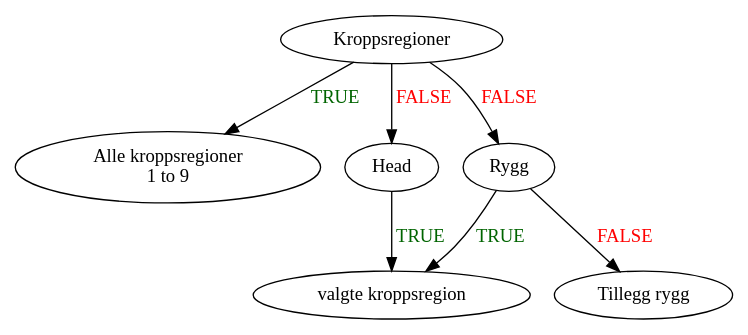
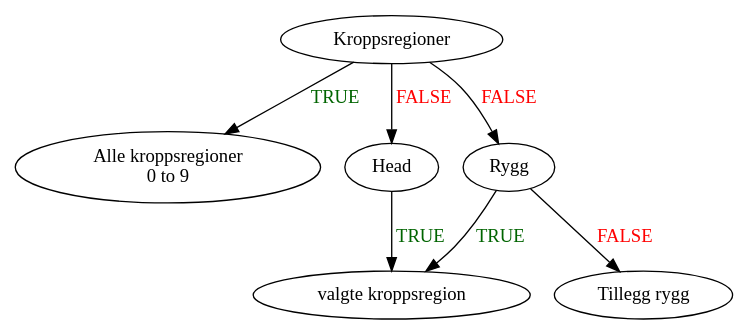
Before and after one commit to ybkamaleri/traume: the second of 2 diagrams in trial/ulykkeModuleDoc.org, drawn with Graphviz. The commit also changed 2 other files, not shown here.

Commit message:
update text

```diff
--- a/trial/ulykkeModuleDoc.org
+++ b/trial/ulykkeModuleDoc.org
@@ -58,20 +58,19 @@
 #+begin_src dot :file ./img/example1.png :cmdline -Kdot -Tpng
   digraph graphname{
 
   K [label="Kroppsregioner"]      // node K
-  A [label="Alle kroppsregioner \n 1 to 9"] // node A
+  A [label="Alle kroppsregioner \n 0 to 9"] // node A
   H [label="Head"] // node H
   R [label="Rygg"] // node R
   B [label="Tillegg rygg"] // node B
   V [label="valgte kroppsregion"] // node V
-
 
   K->A [label="TRUE", fontcolor=darkgreen] // edge K->A
   K->H [label="FALSE", fontcolor=red] // edge K->H
   H->V [label="TRUE", fontcolor=darkgreen] // edge H->V
   K->R [label="FALSE", fontcolor=red] // edge K->R
   R->V [label="TRUE", fontcolor=darkgreen] //edge R->V
   R->B [label="FALSE", fontcolor=red] // edge R->V
 
   }
 #+end_src
```
